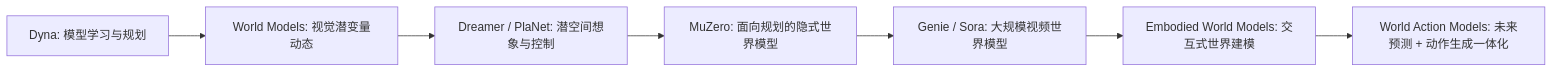
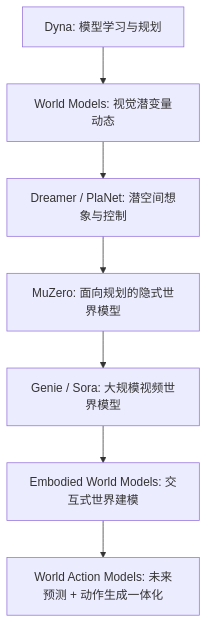
One commit to ffffurina/academic-blog changed the first of 3 diagrams in content/posts/WAM_Academic_Blog_Survey_Obsidian.md. Above: the diagram before and after it, drawn with Mermaid.

Commit message:
Quartz sync: Jun 22, 2026, 4:18 AM

````diff
--- a/content/posts/WAM_Academic_Blog_Survey_Obsidian.md
+++ b/content/posts/WAM_Academic_Blog_Survey_Obsidian.md
@@ -96,9 +96,9 @@
 ```mermaid
-graph LR
-    A[Dyna: 模型学习与规划] --> B[World Models: 视觉潜变量动态]
-    B --> C[Dreamer / PlaNet: 潜空间想象与控制]
-    C --> D[MuZero: 面向规划的隐式世界模型]
-    D --> E[Genie / Sora: 大规模视频世界模型]
-    E --> F[Embodied World Models: 交互式世界建模]
-    F --> G[World Action Models: 未来预测 + 动作生成一体化]
+graph TD
+    A["Dyna: 模型学习与规划"] --> B["World Models: 视觉潜变量动态"]
+    B --> C["Dreamer / PlaNet: 潜空间想象与控制"]
+    C --> D["MuZero: 面向规划的隐式世界模型"]
+    D --> E["Genie / Sora: 大规模视频世界模型"]
+    E --> F["Embodied World Models: 交互式世界建模"]
+    F --> G["World Action Models: 未来预测 + 动作生成一体化"]
 ```
````
